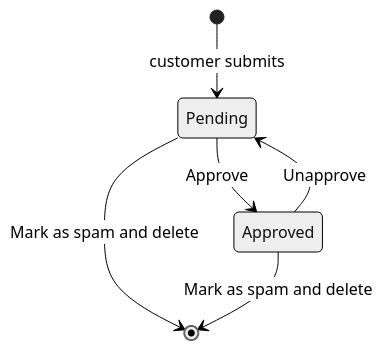
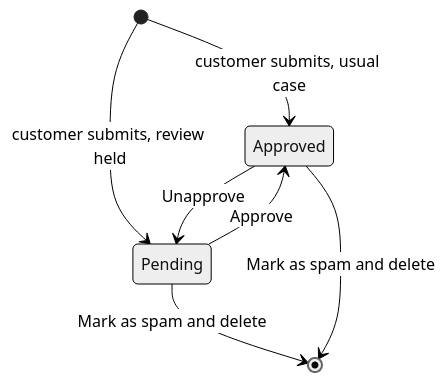
Before and after one commit to vasilistotskas/grooveshop-docs: the diagram in src/admin/blog/comments.md, drawn with Mermaid (neutral theme). The commit also changed other lines of this file and 14 other files, not shown here.

````diff
--- a/src/admin/blog/comments.md
+++ b/src/admin/blog/comments.md
@@ -39,8 +43,9 @@
 ```mermaid
 stateDiagram-v2
-  [*] --> Pending: customer submits
+  [*] --> Approved: customer submits, usual case
+  [*] --> Pending: customer submits, review held
   Pending --> Approved: Approve
   Approved --> Pending: Unapprove
   Pending --> [*]: Mark as spam and delete
   Approved --> [*]: Mark as spam and delete
 ```
````
